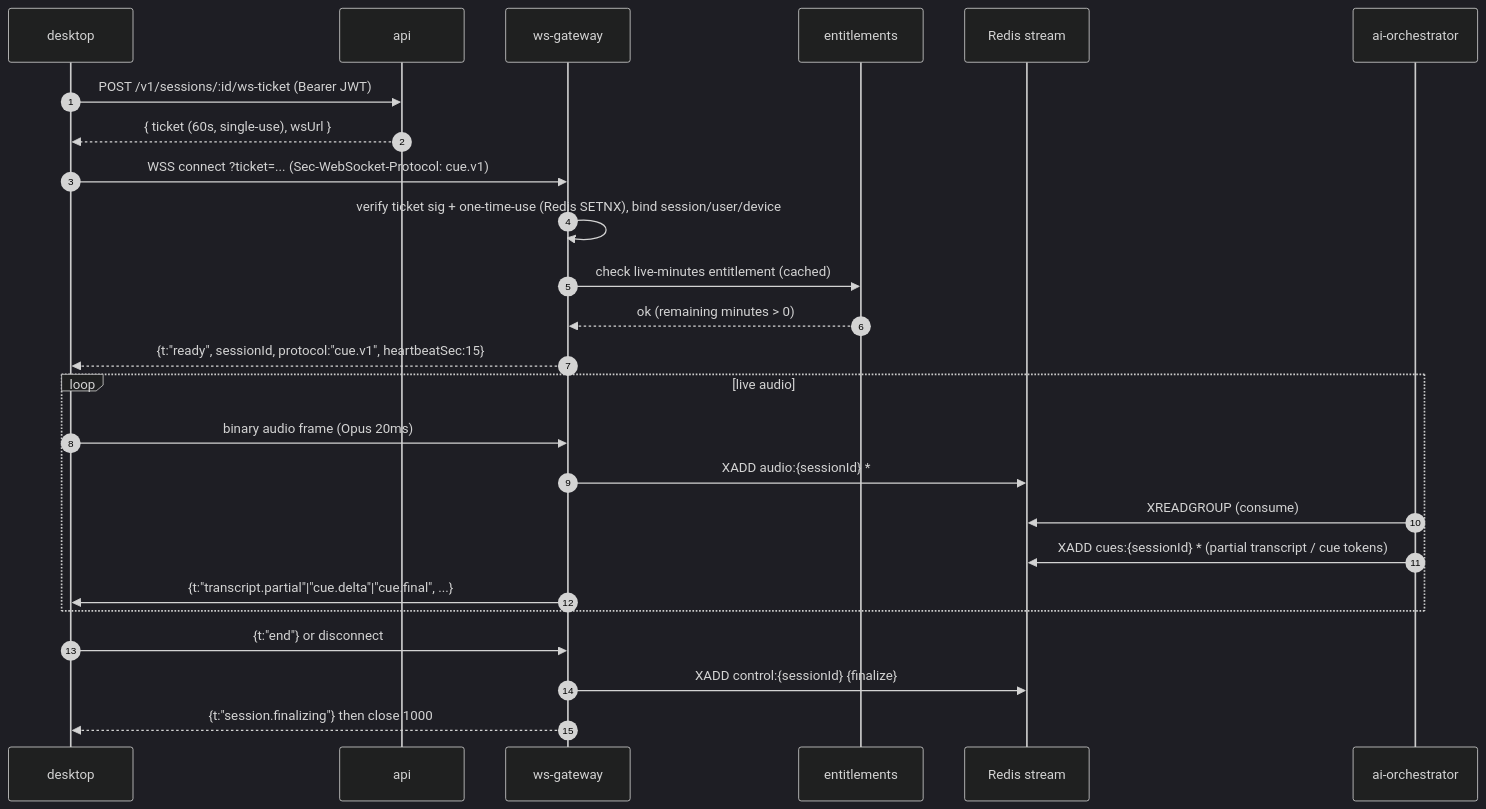
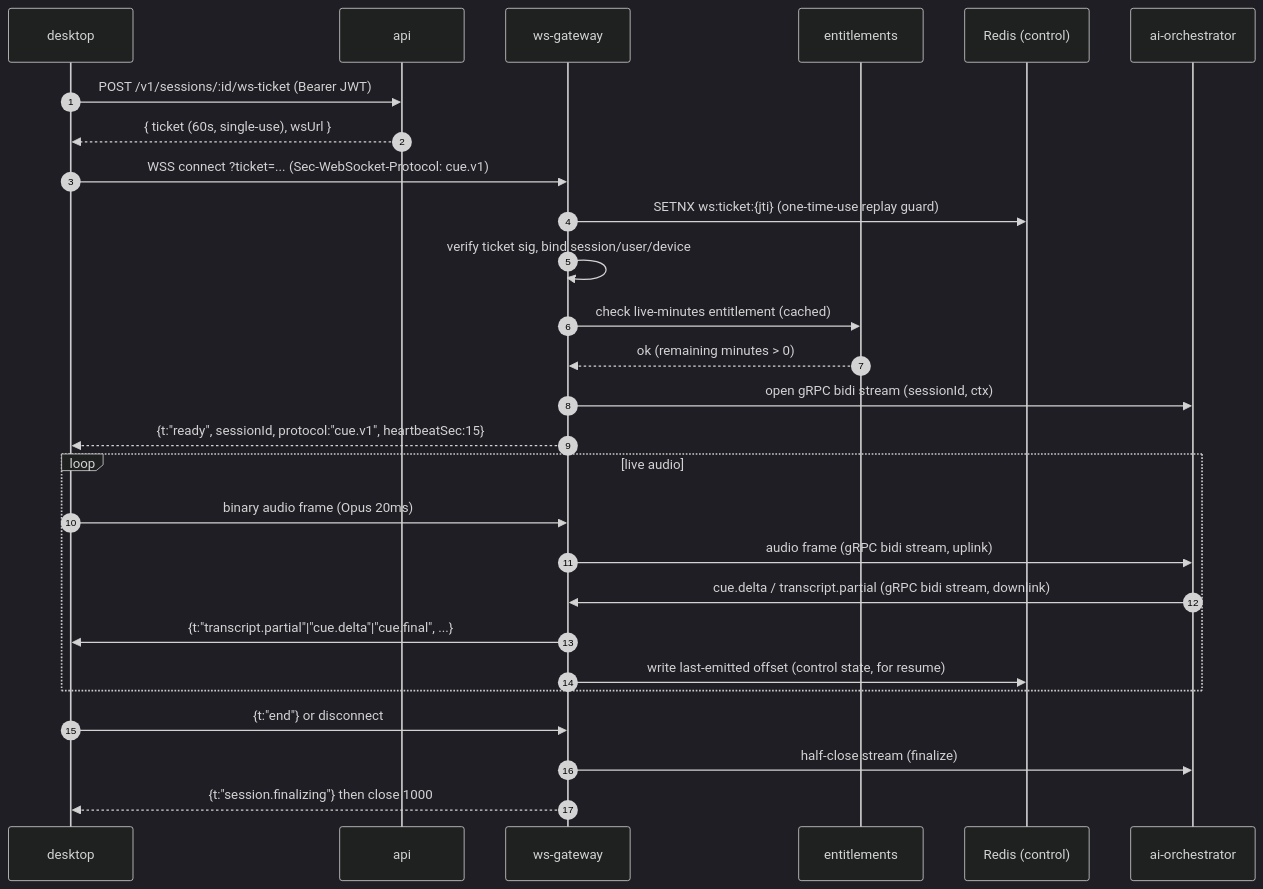
Before and after one commit to DarwinCamahalan/meeting-note-taker-ai: the third of 5 diagrams in docs/20-backend-services.md, drawn with Mermaid (dark theme). The commit also changed other lines of this file and 11 other files, not shown here.

````diff
--- a/docs/20-backend-services.md
+++ b/docs/20-backend-services.md
@@ -308,28 +309,30 @@
 ```mermaid
 sequenceDiagram
     autonumber
     participant D as desktop
     participant API as api
     participant WS as ws-gateway
     participant ENT as entitlements
-    participant R as Redis stream
+    participant R as Redis (control)
     participant AI as ai-orchestrator
 
     D->>API: POST /v1/sessions/:id/ws-ticket  (Bearer JWT)
     API-->>D: { ticket (60s, single-use), wsUrl }
     D->>WS: WSS connect ?ticket=...  (Sec-WebSocket-Protocol: cue.v1)
-    WS->>WS: verify ticket sig + one-time-use (Redis SETNX), bind session/user/device
+    WS->>R: SETNX ws:ticket:{jti}  (one-time-use replay guard)
+    WS->>WS: verify ticket sig, bind session/user/device
     WS->>ENT: check live-minutes entitlement (cached)
     ENT-->>WS: ok (remaining minutes > 0)
+    WS->>AI: open gRPC bidi stream (sessionId, ctx)
     WS-->>D: {t:"ready", sessionId, protocol:"cue.v1", heartbeatSec:15}
     loop live audio
         D->>WS: binary audio frame (Opus 20ms)
-        WS->>R: XADD audio:{sessionId} *
-        AI->>R: XREADGROUP (consume)
-        AI->>R: XADD cues:{sessionId} *  (partial transcript / cue tokens)
+        WS->>AI: audio frame (gRPC bidi stream, uplink)
+        AI->>WS: cue.delta / transcript.partial (gRPC bidi stream, downlink)
         WS->>D: {t:"transcript.partial"|"cue.delta"|"cue.final", ...}
+        WS->>R: write last-emitted offset (control state, for resume)
     end
     D->>WS: {t:"end"}  or  disconnect
-    WS->>R: XADD control:{sessionId} {finalize}
+    WS->>AI: half-close stream (finalize)
     WS-->>D: {t:"session.finalizing"}  then close 1000
 ```
````
